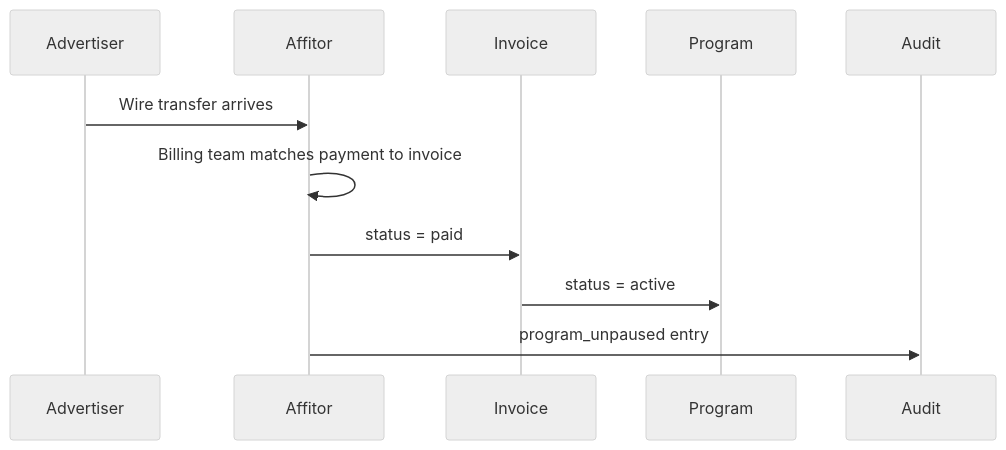
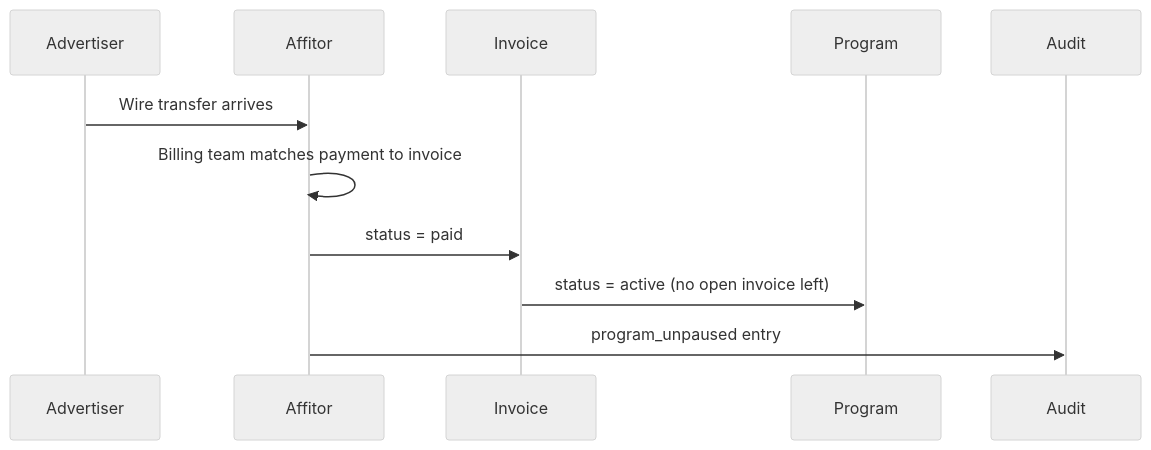
One commit to Affitor/affitor-docs changed the diagram in content/docs/brand/billing/overdue-policy.mdx. Above: the diagram before and after it, drawn with Mermaid (neutral theme). The commit also changed other lines of this file and 1 other file, not shown here.

First line of the commit message:
docs: say what a paused program records and when it resumes

````diff
--- a/content/docs/brand/billing/overdue-policy.mdx
+++ b/content/docs/brand/billing/overdue-policy.mdx
@@ -65,8 +68,8 @@
 ```mermaid
 sequenceDiagram
     Advertiser->>Affitor: Wire transfer arrives
     Affitor->>Affitor: Billing team matches payment to invoice
     Affitor->>Invoice: status = paid
-    Invoice->>Program: status = active
+    Invoice->>Program: status = active (no open invoice left)
     Affitor->>Audit: program_unpaused entry
 ```
````
